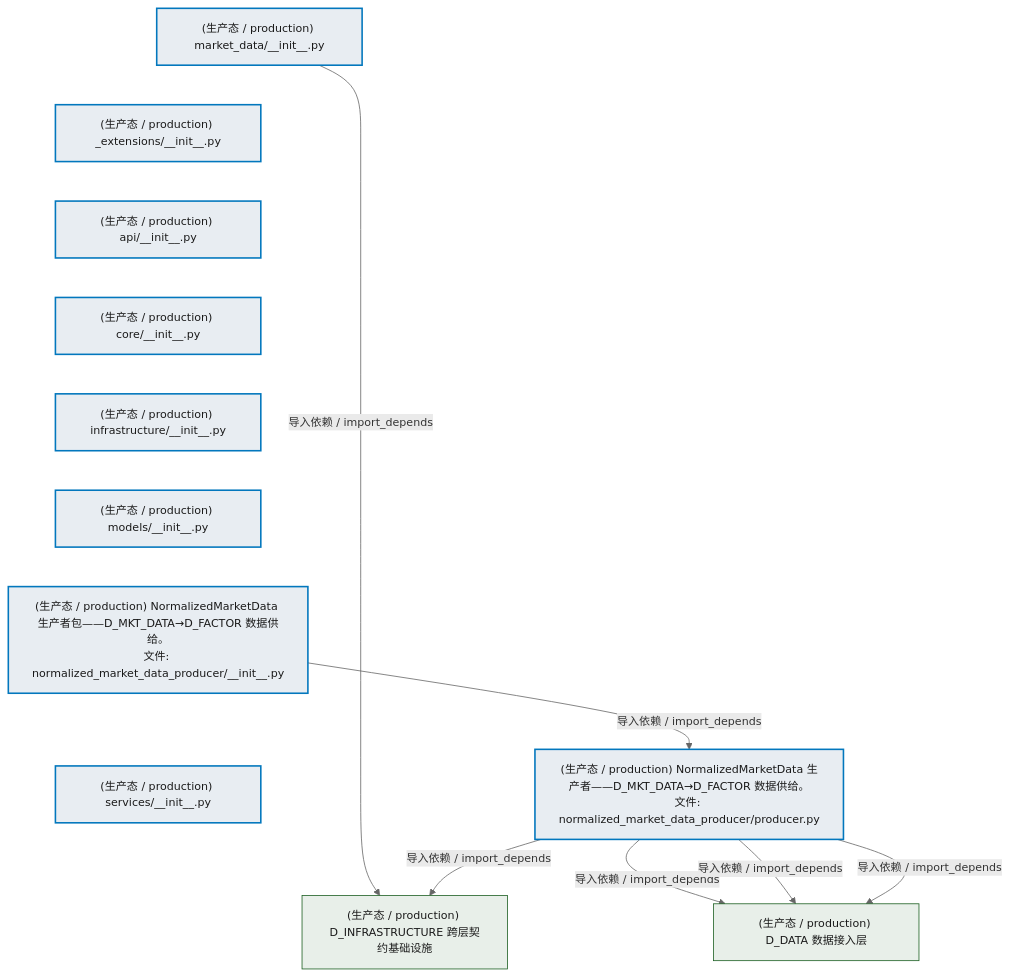
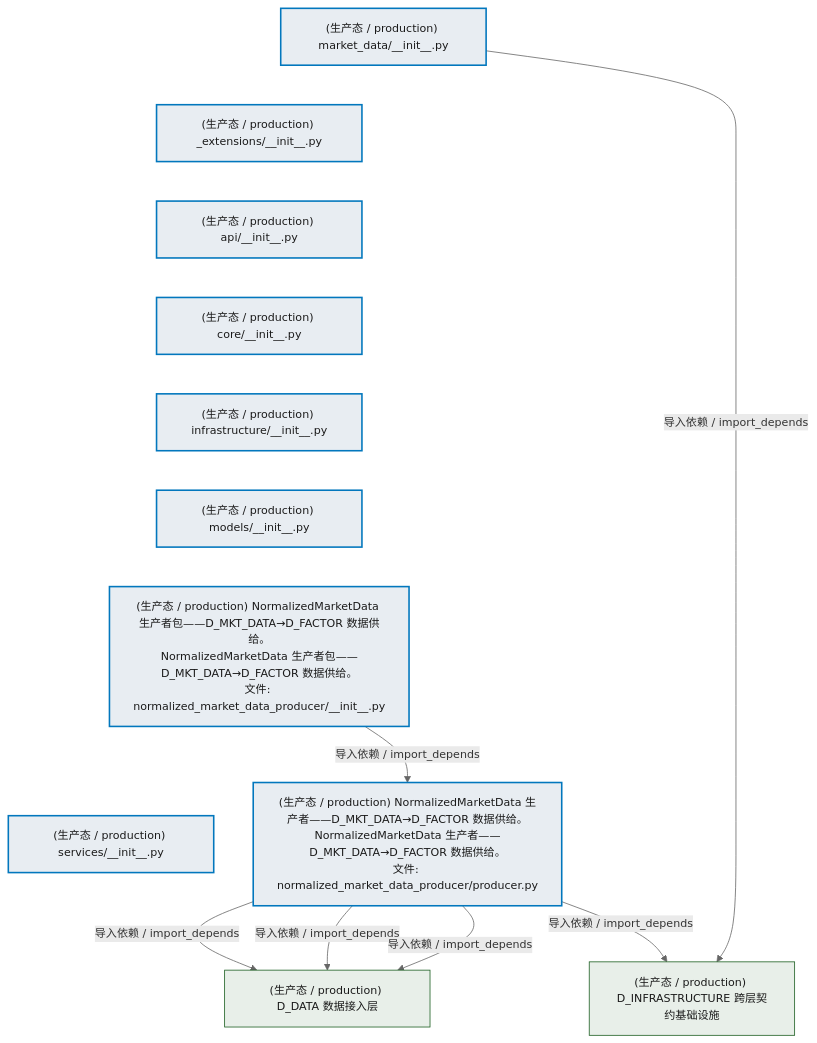
The first of 3 diagrams in docs/02_enterprise_architecture/02_domain_architecture_docs/23_d_mkt_data.md (xuanFelixVan/ZephyrAlpha), drawn with Mermaid before and after one commit. The commit also changed other lines of this file and 80 other files, not shown here.

````diff
--- a/docs/02_enterprise_architecture/02_domain_architecture_docs/23_d_mkt_data.md
+++ b/docs/02_enterprise_architecture/02_domain_architecture_docs/23_d_mkt_data.md
@@ -69,34 +71,34 @@
 ```mermaid
 %%{init: {'theme': 'base', 'themeVariables': {'primaryColor': '#eaeaea', 'primaryTextColor': '#333333', 'primaryBorderColor': '#666666', 'lineColor': '#666666', 'secondaryColor': '#eaeaea', 'tertiaryColor': '#eaeaea', 'fontSize': '14px'}}}%%
 flowchart TD
     src_zephyr_market_data_init_py["(生产态 / production) market_data/__init__.py"]
     src_zephyr_market_data_extensions_init_py["(生产态 / production) _extensions/__init__.py"]
     src_zephyr_market_data_api_init_py["(生产态 / production) api/__init__.py"]
     src_zephyr_market_data_core_init_py["(生产态 / production) core/__init__.py"]
     src_zephyr_market_data_infrastructure_init_py["(生产态 / production) infrastructure/__init__.py"]
     src_zephyr_market_data_models_init_py["(生产态 / production) models/__init__.py"]
-    src_zephyr_market_data_normalized_market_data_producer_init_py["(生产态 / production) NormalizedMarketData 生产者包——D_MKT_DATA→D_FACTOR 数据供给。<br/>文件: normalized_market_data_producer/__init__.py"]
+    src_zephyr_market_data_normalized_market_data_producer_init_py["(生产态 / production) NormalizedMarketData 生产者包——D_MKT_DATA→D_FACTOR 数据供给。<br/>NormalizedMarketData 生产者包——D_MKT_DATA→D_FACTOR 数据供给。<br/>文件: normalized_market_data_producer/__init__.py"]
     src_zephyr_market_data_services_init_py["(生产态 / production) services/__init__.py"]
     src_zephyr_market_data_init_py ~~~ src_zephyr_market_data_extensions_init_py
     src_zephyr_market_data_extensions_init_py ~~~ src_zephyr_market_data_api_init_py
     src_zephyr_market_data_api_init_py ~~~ src_zephyr_market_data_core_init_py
     src_zephyr_market_data_core_init_py ~~~ src_zephyr_market_data_infrastructure_init_py
     src_zephyr_market_data_infrastructure_init_py ~~~ src_zephyr_market_data_models_init_py
     src_zephyr_market_data_models_init_py ~~~ src_zephyr_market_data_normalized_market_data_producer_init_py
     src_zephyr_market_data_normalized_market_data_producer_init_py ~~~ src_zephyr_market_data_services_init_py
-    src_zephyr_market_data_normalized_market_data_producer_producer_py["(生产态 / production) NormalizedMarketData 生产者——D_MKT_DATA→D_FACTOR 数据供给。<br/>文件: normalized_market_data_producer/producer.py"]
+    src_zephyr_market_data_normalized_market_data_producer_producer_py["(生产态 / production) NormalizedMarketData 生产者——D_MKT_DATA→D_FACTOR 数据供给。<br/>NormalizedMarketData 生产者——D_MKT_DATA→D_FACTOR 数据供给。<br/>文件: normalized_market_data_producer/producer.py"]
     src_zephyr_market_data_normalized_market_data_producer_init_py -->|导入依赖 / import_depends| src_zephyr_market_data_normalized_market_data_producer_producer_py
     D_INFRASTRUCTURE["(生产态 / production) D_INFRASTRUCTURE 跨层契约基础设施"]
-    src_zephyr_market_data_init_py -->|导入依赖 / import_depends| D_INFRASTRUCTURE
     src_zephyr_market_data_normalized_market_data_producer_producer_py -->|导入依赖 / import_depends| D_INFRASTRUCTURE
     D_DATA["(生产态 / production) D_DATA 数据接入层"]
     src_zephyr_market_data_normalized_market_data_producer_producer_py -->|导入依赖 / import_depends| D_DATA
     src_zephyr_market_data_normalized_market_data_producer_producer_py -->|导入依赖 / import_depends| D_DATA
     src_zephyr_market_data_normalized_market_data_producer_producer_py -->|导入依赖 / import_depends| D_DATA
+    src_zephyr_market_data_init_py -->|导入依赖 / import_depends| D_INFRASTRUCTURE
     classDef production fill:#e8edf2,stroke:#0277bd,stroke-width:2px,color:#1a1a1a
     classDef design fill:#f0ebe3,stroke:#bf360c,stroke-width:2px,color:#1a1a1a,stroke-dasharray: 5 5
     classDef external_prod fill:#e8efe9,stroke:#1b5e20,stroke-width:1px,color:#1a1a1a
     classDef external_design fill:#efe5ea,stroke:#880e4f,stroke-width:1px,color:#1a1a1a,stroke-dasharray: 5 5
     class src_zephyr_market_data_init_py,src_zephyr_market_data_extensions_init_py,src_zephyr_market_data_api_init_py,src_zephyr_market_data_core_init_py,src_zephyr_market_data_infrastructure_init_py,src_zephyr_market_data_models_init_py,src_zephyr_market_data_normalized_market_data_producer_init_py,src_zephyr_market_data_normalized_market_data_producer_producer_py,src_zephyr_market_data_services_init_py production
     class D_INFRASTRUCTURE,D_DATA external_prod
 ```
````
